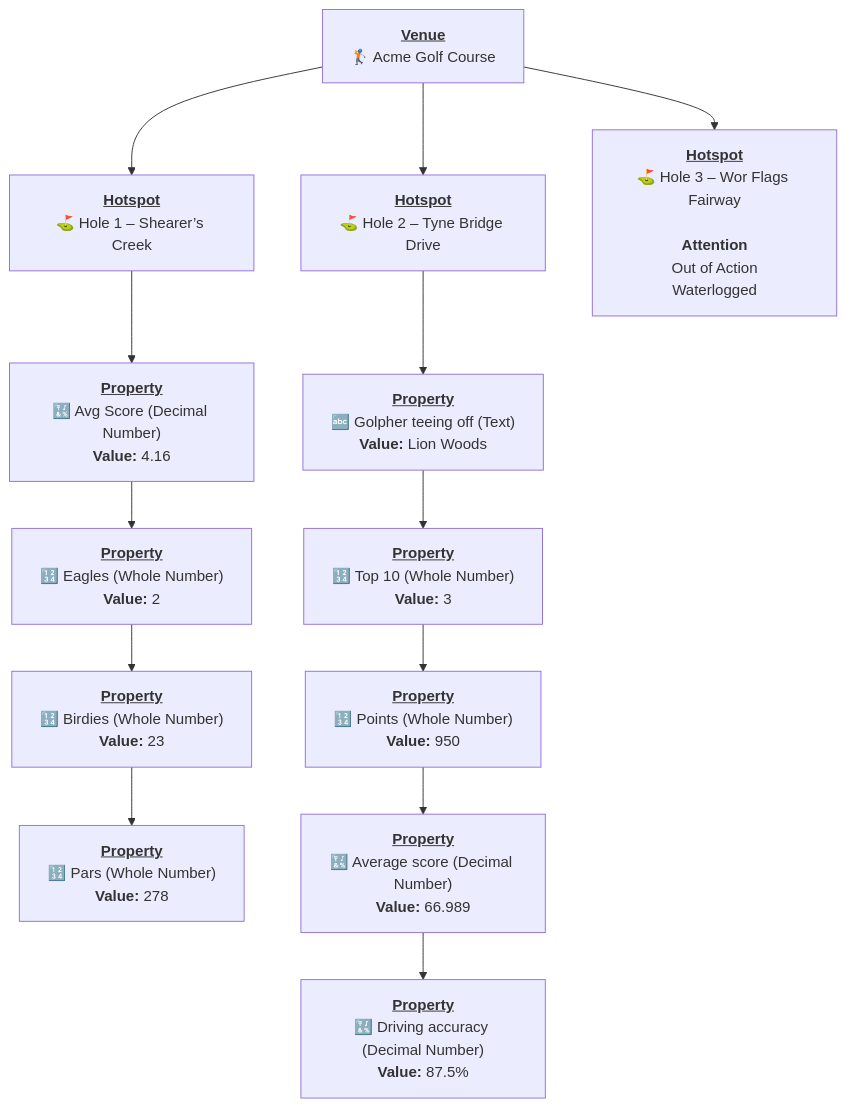
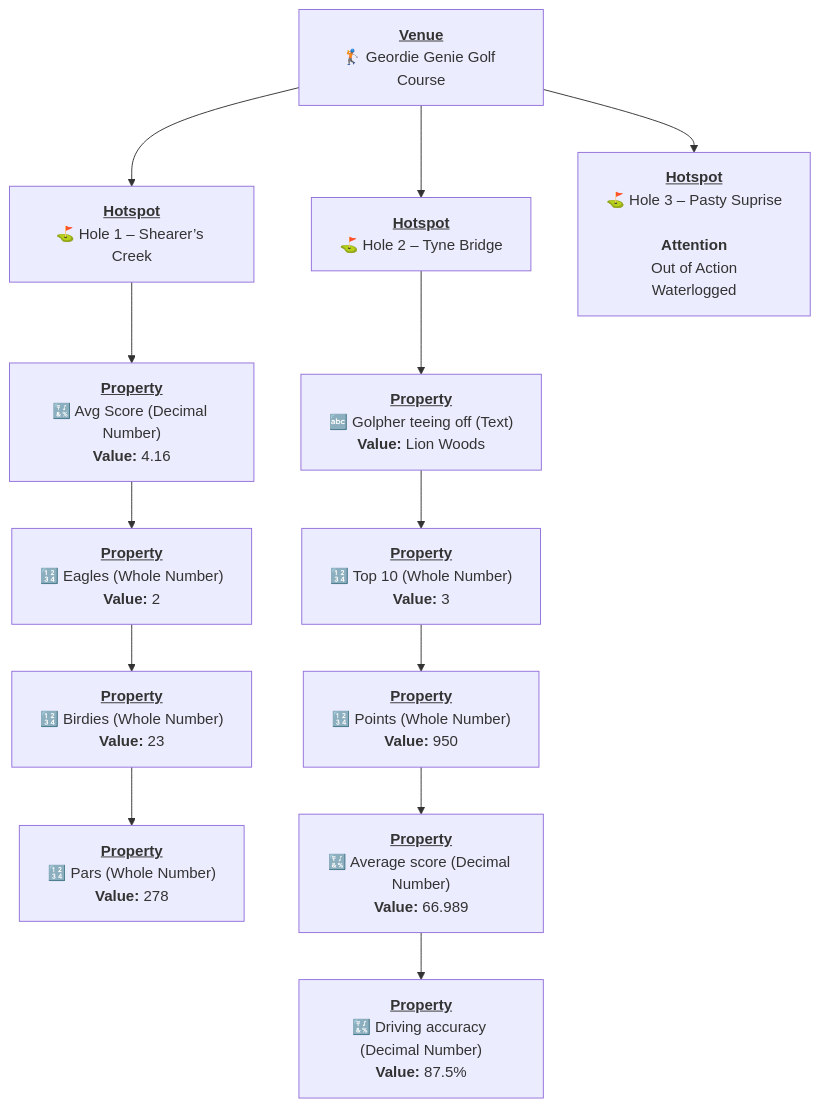
Before and after one commit to GeoARit/.github: the second of 4 diagrams in profile/README.md, drawn with Mermaid.

````diff
--- a/profile/README.md
+++ b/profile/README.md
@@ -95,51 +95,51 @@
 ```mermaid
 flowchart TD
 
 %% ========================
 %% VENUE
 %% ========================
-VENUE["<u><b>Venue</b></u><br/>🏌️ Acme Golf Course"]
+VENUE["<u><b>Venue</b></u><br/>🏌️ Geordie Genie Golf Course"]
 click VENUE "https://geoar.it/help#category-Venue-Properties" _blank
 
 %% ========================
 %% HOLE HOTSPOTS (1, 2, 3)
 %% ========================
 
 HS1["<u><b>Hotspot</b></u><br/>⛳ Hole 1 – Shearer’s Creek"]
 click HS1 "https://geoar.it/help#category-Hotspot-Properties" _blank
 
-HS2["<u><b>Hotspot</b></u><br/>⛳ Hole 2 – Tyne Bridge Drive"]
+HS2["<u><b>Hotspot</b></u><br/>⛳ Hole 2 – Tyne Bridge"]
 click HS2 "https://geoar.it/help#category-Hotspot-Properties" _blank
 
 %% ---- UPDATED HOLE 3 ----
-HS3["<u><b>Hotspot</b></u><br/>⛳ Hole 3 – Wor Flags Fairway<br/><br/><b>Attention</b><br/>Out of Action<br/>Waterlogged"]
+HS3["<u><b>Hotspot</b></u><br/>⛳ Hole 3 – Pasty Suprise<br/><br/><b>Attention</b><br/>Out of Action<br/>Waterlogged"]
 click HS3 "https://geoar.it/help#category-Hotspot-Properties" _blank
 
 VENUE --> HS1
 VENUE --> HS2
 VENUE --> HS3
 
 %% ========================
 %% PROPERTIES FOR EACH HOLE
 %% ========================
 
 %% ----- HOLE 1 Properties -----
 HS1_P1["<u><b>Property</b></u><br/>🔣 Avg Score (Decimal Number)<br/><b>Value:</b> 4.16"]
 HS1_P2["<u><b>Property</b></u><br/>🔢 Eagles (Whole Number)<br/><b>Value:</b> 2"]
 HS1_P3["<u><b>Property</b></u><br/>🔢 Birdies (Whole Number)<br/><b>Value:</b> 23"]
 HS1_P4["<u><b>Property</b></u><br/>🔢 Pars (Whole Number)<br/><b>Value:</b> 278"]
 
 HS1 --> HS1_P1 --> HS1_P2 --> HS1_P3 --> HS1_P4
 
 %% ----- HOLE 2 Properties -----
 HS2_P1["<u><b>Property</b></u><br/>🔤 Golpher teeing off (Text)<br/><b>Value:</b> Lion Woods"]
 HS2_P2["<u><b>Property</b></u><br/>🔢 Top 10 (Whole Number)<br/><b>Value:</b> 3"]
 HS2_P3["<u><b>Property</b></u><br/>🔢 Points (Whole Number)<br/><b>Value:</b> 950"]
 HS2_P4["<u><b>Property</b></u><br/>🔣 Average score (Decimal Number)<br/><b>Value:</b> 66.989"]
 HS2_P5["<u><b>Property</b></u><br/>🔣 Driving accuracy (Decimal Number)<br/><b>Value:</b> 87.5%"]
 
 HS2 --> HS2_P1 --> HS2_P2 --> HS2_P3 --> HS2_P4 --> HS2_P5
 
 %% Hole 3 has no individual property boxes – text is embedded inside HS3.
 
 ```
````
